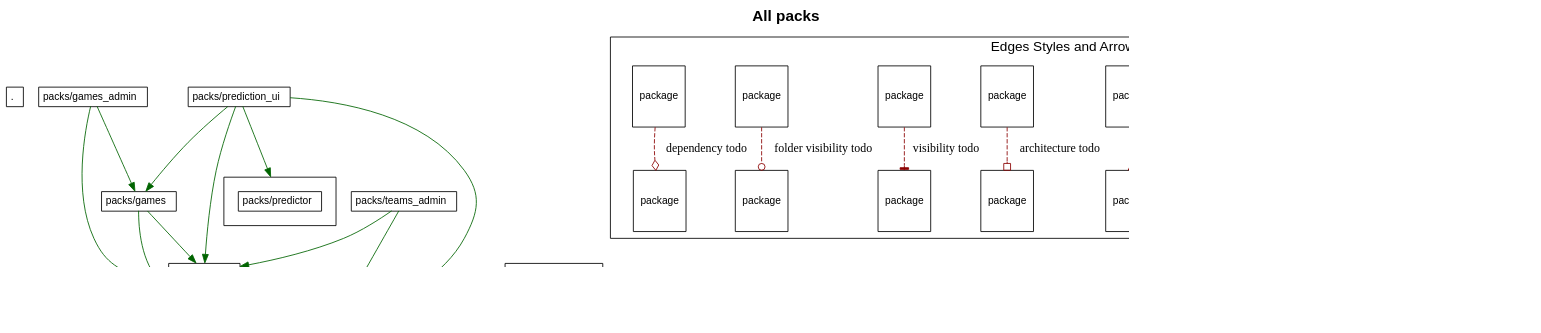
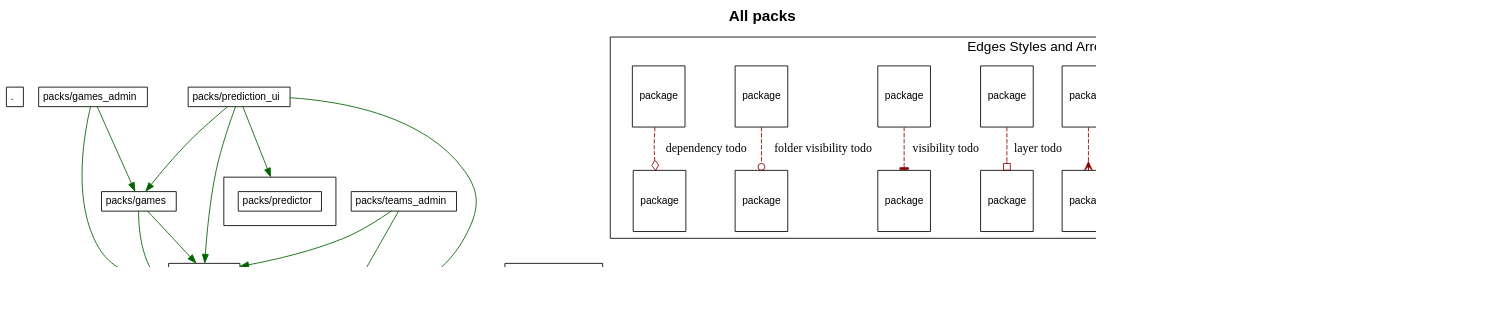
The diagram in c4s01/sportsball/diagrams/all_packs.dot (shageman/package-based-rails-applications-book), drawn with Graphviz before and after one commit. The commit also changed 2235 other files, not shown here.

```diff
--- a/c4s01/sportsball/diagrams/all_packs.dot
+++ b/c4s01/sportsball/diagrams/all_packs.dot
@@ -1,162 +1,162 @@
 digraph package_diagram {
   rankdir=TD
   graph [
     labelloc="t"
     fontname="Helvetica,Arial,sans-serif"
     dpi=100
     layout=dot
     label=<<b>All packs</b><br/>>
     fontsize=18
   ]
   node [
     fontname="Helvetica,Arial,sans-serif"
     fontsize=26.0
     fontcolor=black
     fillcolor=white
     color=black
     height=1.0
     style=filled
     shape=plain
   ]
     subgraph NotInLayer {
       shape=box
       color=darkgrey
       fillcolor=lightblue
       style=filled
         cluster=false
         "." [
             fontsize=12.0
             label= <
                 <table border='0' cellborder='1' cellspacing='0' cellpadding='4'>
                   <tr> <td align='left'> . </td> </tr>
                 </table>
               >
           ]
         
         "packs/games" [
             fontsize=12.0
             label= <
                 <table border='0' cellborder='1' cellspacing='0' cellpadding='4'>
                   <tr> <td align='left'> packs/games </td> </tr>
                 </table>
               >
           ]
         
         "packs/games_admin" [
             fontsize=12.0
             label= <
                 <table border='0' cellborder='1' cellspacing='0' cellpadding='4'>
                   <tr> <td align='left'> packs/games_admin </td> </tr>
                 </table>
               >
           ]
         
         "packs/prediction_ui" [
             fontsize=12.0
             label= <
                 <table border='0' cellborder='1' cellspacing='0' cellpadding='4'>
                   <tr> <td align='left'> packs/prediction_ui </td> </tr>
                 </table>
               >
           ]
         
         "packs/predictor" [
             fontsize=12.0
             label= <
                 <table border='0' cellborder='1' cellspacing='0' cellpadding='16'><tr><td>
                   <table border='0' cellborder='1' cellspacing='0' cellpadding='4'>
                     <tr> <td port='private'> packs/predictor </td> </tr>
                   </table>
                   </td></tr>
                   </table>
               >
           ]
         
         "packs/rails_shims" [
             fontsize=12.0
             label= <
                 <table border='0' cellborder='1' cellspacing='0' cellpadding='4'>
                   <tr> <td align='left'> packs/rails_shims </td> </tr>
                 </table>
               >
           ]
         
         "packs/teams" [
             fontsize=12.0
             label= <
                 <table border='0' cellborder='1' cellspacing='0' cellpadding='4'>
                   <tr> <td align='left'> packs/teams </td> </tr>
                 </table>
               >
           ]
         
         "packs/teams_admin" [
             fontsize=12.0
             label= <
                 <table border='0' cellborder='1' cellspacing='0' cellpadding='4'>
                   <tr> <td align='left'> packs/teams_admin </td> </tr>
                 </table>
               >
           ]
         
         "packs/welcome_ui" [
             fontsize=12.0
             label= <
                 <table border='0' cellborder='1' cellspacing='0' cellpadding='4'>
                   <tr> <td align='left'> packs/welcome_ui </td> </tr>
                 </table>
               >
           ]
         
     }
           "packs/games" -> "packs/rails_shims" [ color=darkgreen ]
           "packs/games" -> "packs/teams" [ color=darkgreen ]
           "packs/games_admin" -> "packs/games" [ color=darkgreen ]
           "packs/games_admin" -> "packs/rails_shims" [ color=darkgreen ]
           "packs/prediction_ui" -> "packs/games" [ color=darkgreen ]
           "packs/prediction_ui" -> "packs/predictor" [ color=darkgreen ]
           "packs/prediction_ui" -> "packs/rails_shims" [ color=darkgreen ]
           "packs/prediction_ui" -> "packs/teams" [ color=darkgreen ]
           "packs/teams" -> "packs/rails_shims" [ color=darkgreen ]
           "packs/teams_admin" -> "packs/rails_shims" [ color=darkgreen ]
           "packs/teams_admin" -> "packs/teams" [ color=darkgreen ]
           "packs/welcome_ui" -> "packs/rails_shims" [ color=darkgreen ]
     subgraph cluster_legend {
       fontsize=16
       label="Edges Styles and Arrow Heads"
       A [ fontsize=12 shape=box label="package"]
       B [ fontsize=12 shape=box label="package"]
       A -> B [label="accepted dependency" color=darkgreen]
       M [ fontsize=12 shape=box label="package"]
       N [ fontsize=12 shape=box label="package"]
       M -> N [label="nested package" color=purple]
       O [ fontsize=12 shape=box label="package"]
       P [ fontsize=12 shape=box label="package"]
-      O -> P [label="visibile to" color=blue]
+      O -> P [label="visible to" color=blue]
       C [ fontsize=12 shape=box label="package"]
       D [ fontsize=12 shape=box label="package"]
       C -> D [label="privacy todo" color=darkred style=dashed arrowhead=crow]
       E [ fontsize=12 shape=box label="package"]
       F [ fontsize=12 shape=box label="package"]
-      E -> F [label="architecture todo" color=darkred style=dashed arrowhead=obox]
+      E -> F [label="layer todo" color=darkred style=dashed arrowhead=obox]
       G [ fontsize=12 shape=box label="package"]
       H [ fontsize=12 shape=box label="package"]
       G -> H [label="visibility todo" color=darkred style=dashed arrowhead=tee]
       I [ fontsize=12 shape=box label="package"]
       J [ fontsize=12 shape=box label="package"]
       I -> J [label="folder visibility todo" color=darkred style=dashed arrowhead=odot]
       K [ fontsize=12 shape=box label="package"]
       L [ fontsize=12 shape=box label="package"]
       K -> L [label="dependency todo" color=darkred style=dashed arrowhead=odiamond]
       LEGEND_NODE_1 [ label="" peripheries=0 height=0 width=0 style=invis ]
       LEGEND_NODE_2 [ label="" peripheries=0 height=0 width=0 style=invis ]
       LEGEND_NODE_1 -> LEGEND_NODE_2 [ style=invis ]
     }
   subgraph cluster_teams_legend {
     fontsize=16
     label="Team Colors"
 
 
   }
     LEGEND_NODE_2 -> "" [style=invis]
 }
```
